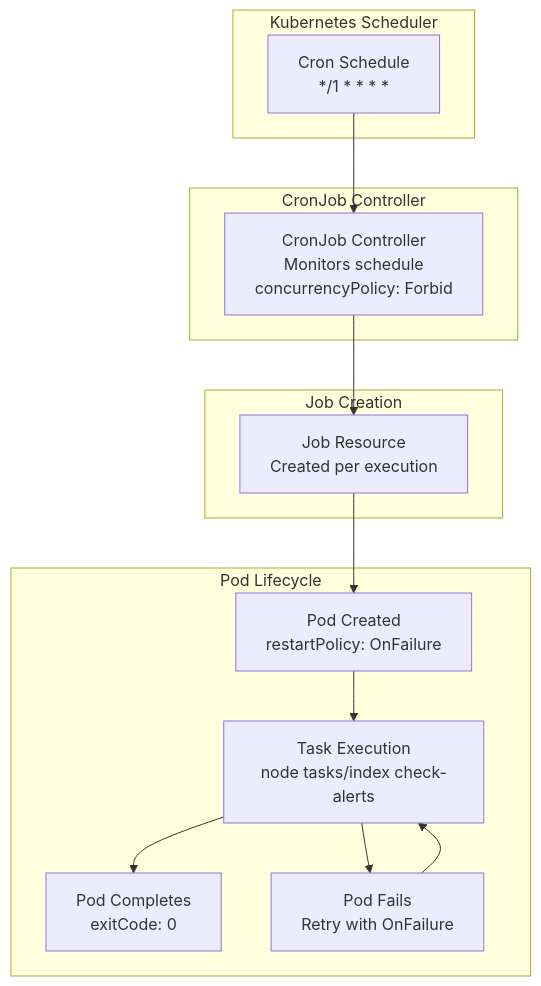
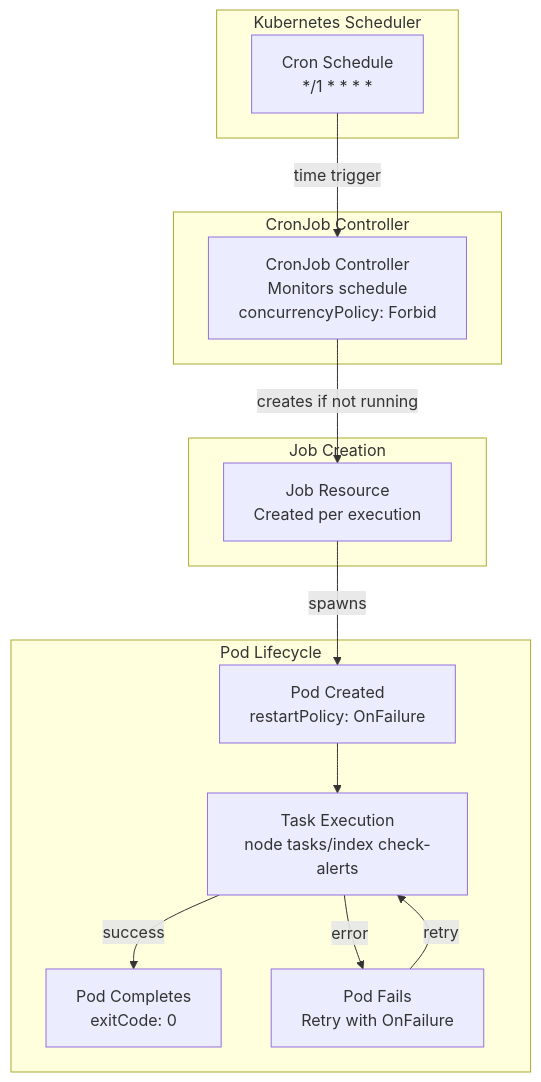
Before and after one commit to openchoreo/openchoreo: the second of 4 diagrams in docs/hyperdxio-helm-charts-docs/Scheduled-Tasks-System.md, drawn with Mermaid. The commit also changed other lines of this file and 85 other files, not shown here.

Commit message:
feat: Add new workflow and specification templates, update Helm chart dependencies, and clarify documentation diagrams.

````diff
--- a/docs/hyperdxio-helm-charts-docs/Scheduled-Tasks-System.md
+++ b/docs/hyperdxio-helm-charts-docs/Scheduled-Tasks-System.md
@@ -112,38 +112,38 @@
 ```mermaid
 flowchart TD
 
 Schedule["Cron Schedule<br>*/1 * * * *"]
 CronJobController["CronJob Controller<br>Monitors schedule<br>concurrencyPolicy: Forbid"]
 Job["Job Resource<br>Created per execution"]
 PodCreation["Pod Created<br>restartPolicy: OnFailure"]
 TaskExec["Task Execution<br>node tasks/index check-alerts"]
 PodComplete["Pod Completes<br>exitCode: 0"]
 PodFail["Pod Fails<br>Retry with OnFailure"]
 
-Schedule --> CronJobController
-CronJobController --> Job
-Job --> PodCreation
+Schedule -->|"time trigger"| CronJobController
+CronJobController -->|"creates if not running"| Job
+Job -->|"spawns"| PodCreation
 
 subgraph subGraph3 ["Pod Lifecycle"]
     PodCreation
     TaskExec
     PodComplete
     PodFail
     PodCreation --> TaskExec
-    TaskExec --> PodComplete
-    TaskExec --> PodFail
-    PodFail --> TaskExec
+    TaskExec -->|"success"| PodComplete
+    TaskExec -->|"error"| PodFail
+    PodFail -->|"retry"| TaskExec
 end
 
 subgraph subGraph2 ["Job Creation"]
     Job
 end
 
 subgraph subGraph1 ["CronJob Controller"]
     CronJobController
 end
 
 subgraph subGraph0 ["Kubernetes Scheduler"]
     Schedule
 end
 ```
````
